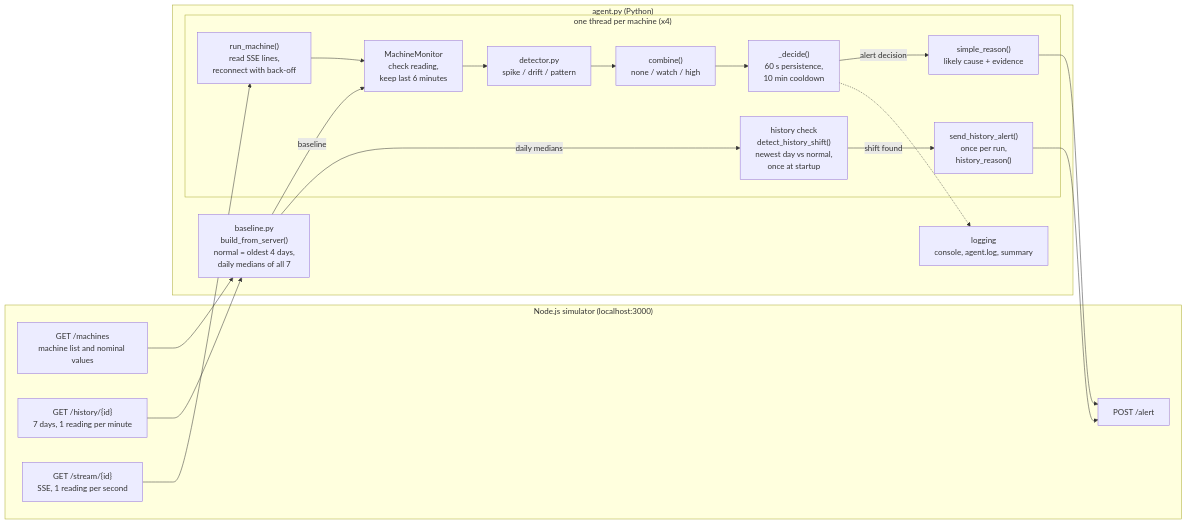
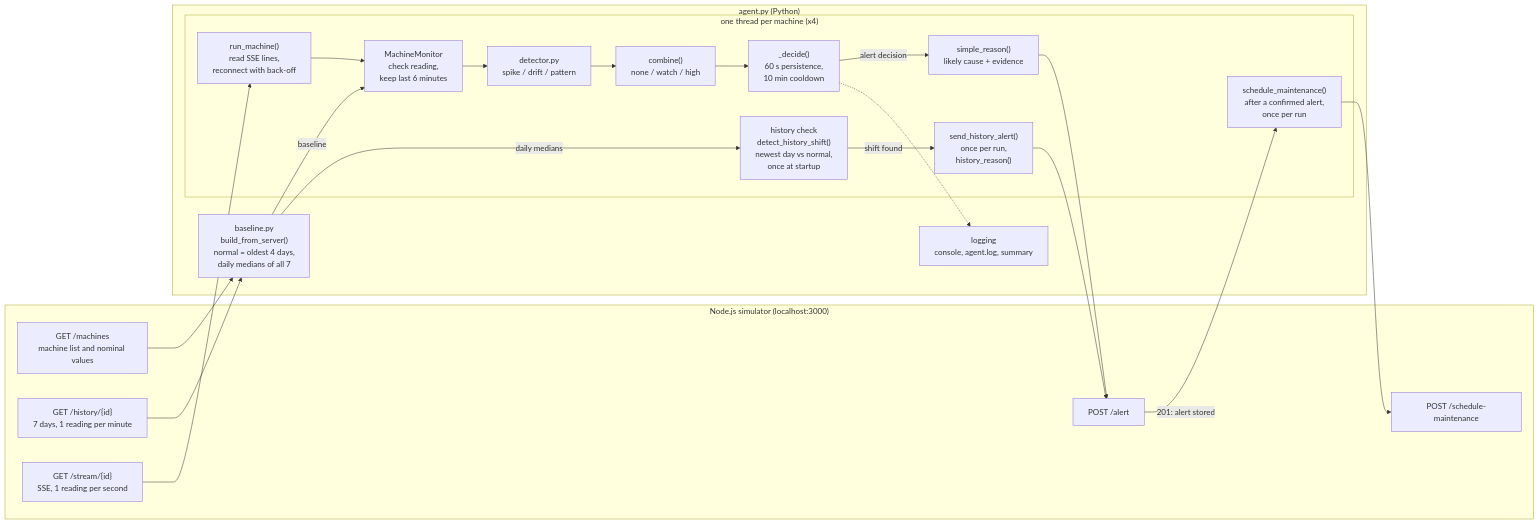
Before and after one commit to Shreyasr1608/predictive-maintenance-agent: the diagram in README.md, drawn with Mermaid. The commit also changed other lines of this file and 6 other files, not shown here.

````diff
--- a/README.md
+++ b/README.md
@@ -213,32 +223,35 @@
 ```mermaid
 flowchart LR
     subgraph SIM["Node.js simulator (localhost:3000)"]
         MACH["GET /machines<br/>machine list and nominal values"]
         HIST["GET /history/{id}<br/>7 days, 1 reading per minute"]
         STREAM["GET /stream/{id}<br/>SSE, 1 reading per second"]
         ALERT["POST /alert"]
+        MAINT["POST /schedule-maintenance"]
     end
 
     subgraph AGENT["agent.py (Python)"]
         BASE["baseline.py<br/>build_from_server()<br/>normal = oldest 4 days,<br/>daily medians of all 7"]
         subgraph THREAD["one thread per machine (x4)"]
             HCHK["history check<br/>detect_history_shift()<br/>newest day vs normal,<br/>once at startup"]
             HSEND["send_history_alert()<br/>once per run,<br/>history_reason()"]
             READ["run_machine()<br/>read SSE lines,<br/>reconnect with back-off"]
             MON["MachineMonitor<br/>check reading,<br/>keep last 6 minutes"]
             DET["detector.py<br/>spike / drift / pattern"]
             COMB["combine()<br/>none / watch / high"]
             DEC["_decide()<br/>60 s persistence,<br/>10 min cooldown"]
             EXPL["simple_reason()<br/>likely cause + evidence"]
+            SCHED["schedule_maintenance()<br/>after a confirmed alert,<br/>once per run"]
         end
         LOGS["logging<br/>console, agent.log, summary"]
     end
 
     MACH --> BASE
     HIST --> BASE
     BASE -->|baseline| MON
     BASE -->|daily medians| HCHK -->|"shift found"| HSEND --> ALERT
     STREAM --> READ --> MON --> DET --> COMB --> DEC
     DEC -->|"alert decision"| EXPL --> ALERT
+    ALERT -->|"201: alert stored"| SCHED --> MAINT
     DEC -.-> LOGS
 ```
````
